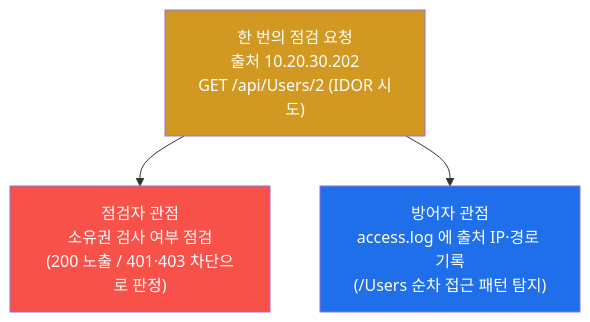
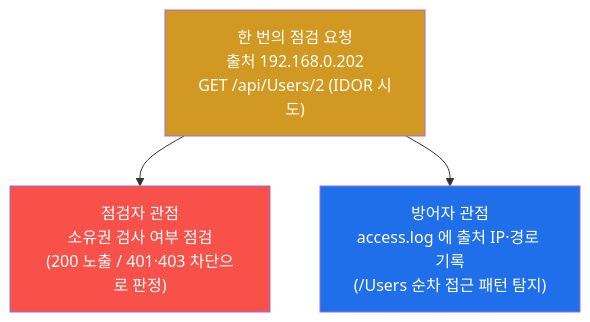
One commit to mrgrit/tw2 changed the eighth of 10 diagrams in contents/training/web-vuln/lecture_week09.md. Above: the diagram before and after it, drawn with Mermaid. The commit also changed other lines of this file and 304 other files, not shown here.

````diff
--- a/contents/training/web-vuln/lecture_week09.md
+++ b/contents/training/web-vuln/lecture_week09.md
@@ -497,11 +497,11 @@
 ```mermaid
 graph TD
-    REQ["한 번의 점검 요청<br/>출처 10.20.30.202<br/>GET /api/Users/2 (IDOR 시도)"]
+    REQ["한 번의 점검 요청<br/>출처 192.168.0.202<br/>GET /api/Users/2 (IDOR 시도)"]
     ATK_VIEW["점검자 관점<br/>소유권 검사 여부 점검<br/>(200 노출 / 401·403 차단으로 판정)"]
     DEF_VIEW["방어자 관점<br/>access.log 에 출처 IP·경로 기록<br/>(/Users 순차 접근 패턴 탐지)"]
     REQ --> ATK_VIEW
     REQ --> DEF_VIEW
     style REQ fill:#d29922,color:#fff
     style ATK_VIEW fill:#f85149,color:#fff
     style DEF_VIEW fill:#1f6feb,color:#fff
 ```
````
